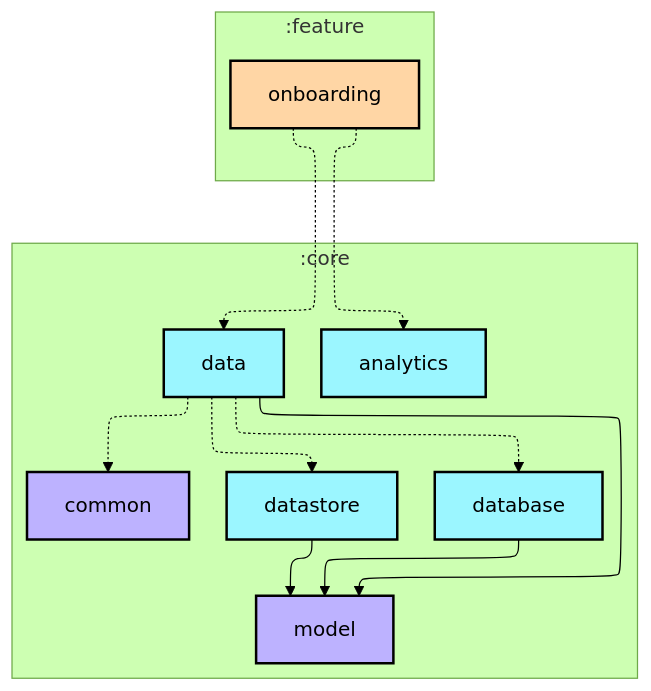
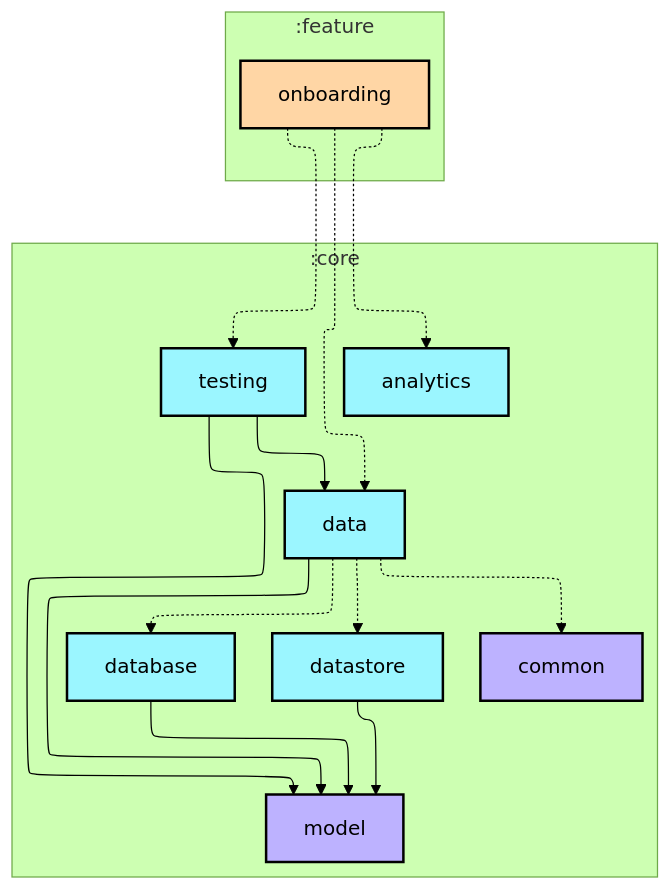
One commit to Sunior-k/walklog changed the first of 2 diagrams in feature/onboarding/README.md. Above: the diagram before and after it, drawn with Mermaid (forest theme). The commit also changed other lines of this file and 46 other files, not shown here.

````diff
--- a/feature/onboarding/README.md
+++ b/feature/onboarding/README.md
@@ -8,38 +8,42 @@
 ```mermaid
 ---
 config:
   layout: elk
   elk:
     nodePlacementStrategy: SIMPLE
 ---
 graph TB
   subgraph :feature
     direction TB
     :feature:onboarding[onboarding]:::android-feature
   end
 
   subgraph :core
     direction TB
     :core:data[data]:::android-library
     :core:database[database]:::android-library
     :core:datastore[datastore]:::android-library
     :core:common[common]:::jvm-library
     :core:model[model]:::jvm-library
     :core:analytics[analytics]:::android-library
+    :core:testing[testing]:::android-library
   end
 
   :feature:onboarding -.-> :core:data
   :feature:onboarding -.-> :core:analytics
+  :feature:onboarding -.-> :core:testing
   :core:data --> :core:model
   :core:data -.-> :core:database
   :core:data -.-> :core:datastore
   :core:data -.-> :core:common
   :core:database --> :core:model
   :core:datastore --> :core:model
+  :core:testing --> :core:data
+  :core:testing --> :core:model
 
 classDef android-application fill:#CAFFBF,stroke:#000,stroke-width:2px,color:#000;
 classDef android-feature fill:#FFD6A5,stroke:#000,stroke-width:2px,color:#000;
 classDef android-library fill:#9BF6FF,stroke:#000,stroke-width:2px,color:#000;
 classDef android-test fill:#A0C4FF,stroke:#000,stroke-width:2px,color:#000;
 classDef jvm-library fill:#BDB2FF,stroke:#000,stroke-width:2px,color:#000;
 ```
````
